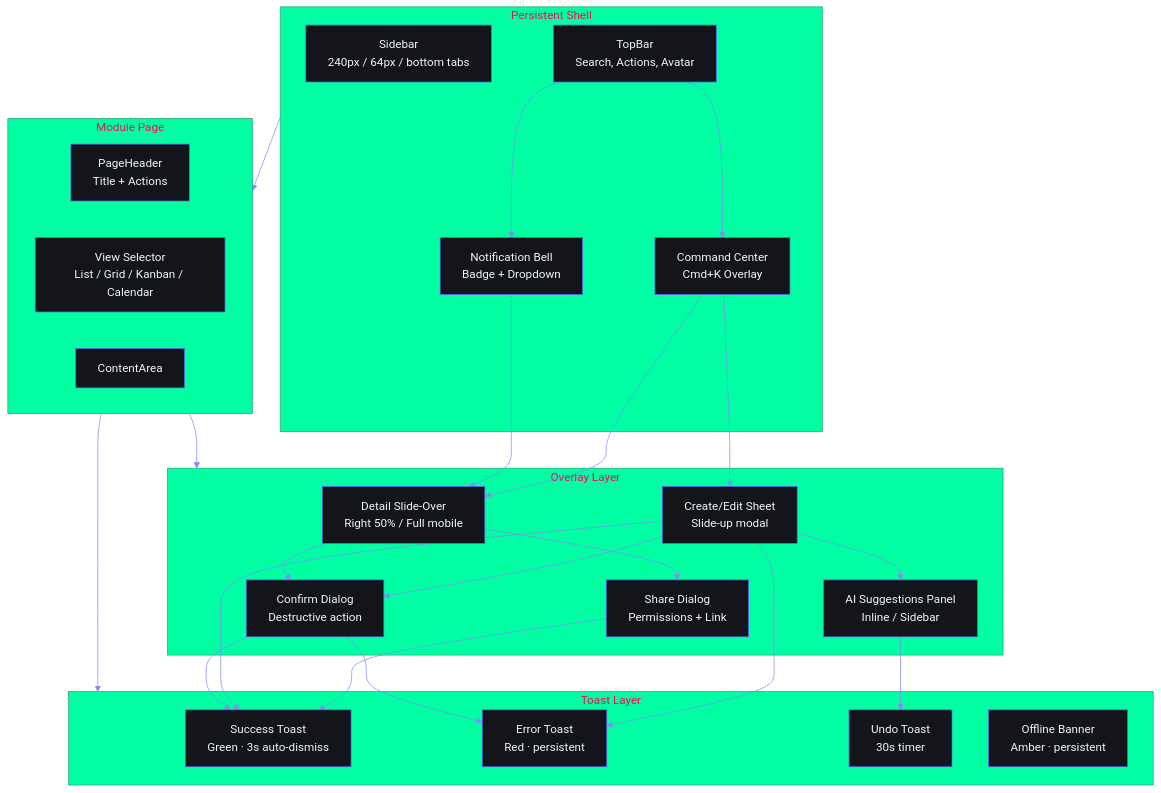
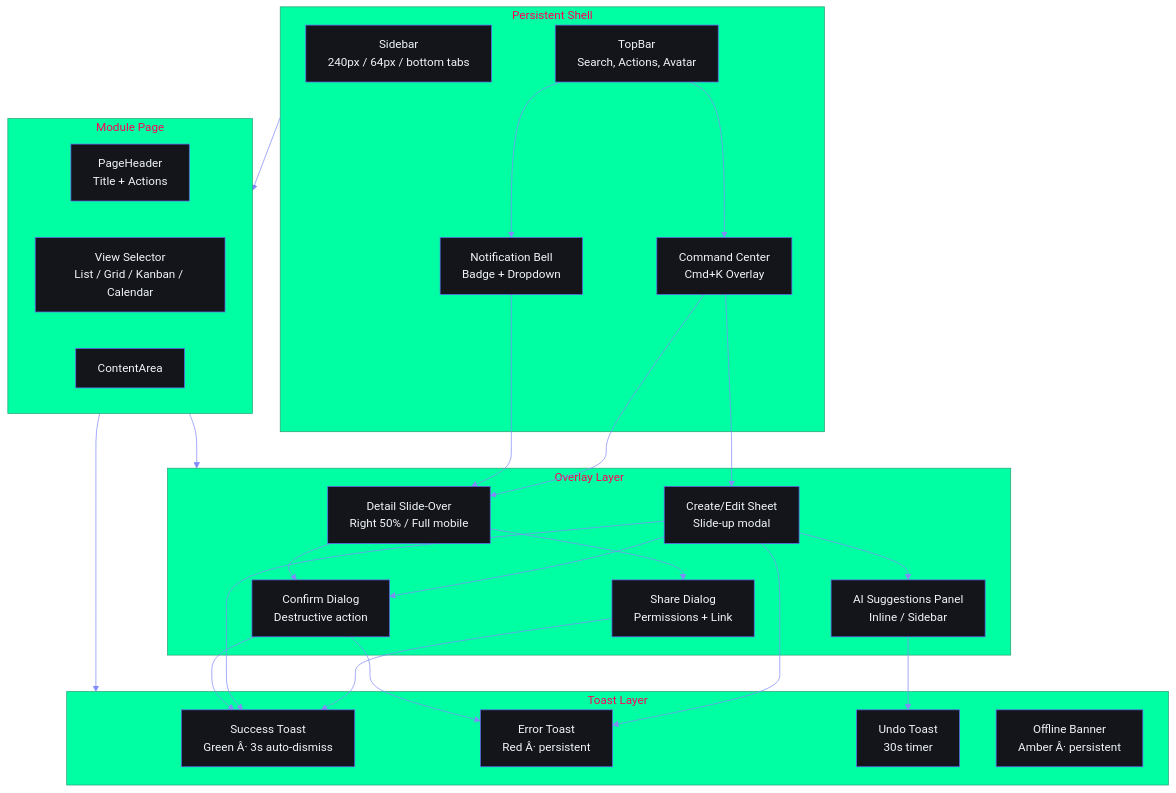
The first of 2 diagrams in docs/design/WorkflowArchitecture/03-SupportingScreens.md (rohitkumarnaidu/ARIA-OS---SecondBrain-), drawn with Mermaid before and after one commit. The commit also changed other lines of this file and 9 other files, not shown here.

````diff
--- a/docs/design/WorkflowArchitecture/03-SupportingScreens.md
+++ b/docs/design/WorkflowArchitecture/03-SupportingScreens.md
@@ -12,50 +21,50 @@
 ```mermaid
 %%{init: {'theme': 'base', 'themeVariables': {'background': '#0A0B0F', 'primaryColor': '#13151A', 'primaryBorderColor': '#6366F1', 'primaryTextColor': '#F1F5F9', 'lineColor': '#818CF8', 'secondaryColor': '#1A1D24', 'tertiaryColor': '#00FFA3', 'fontFamily': 'DM Sans'}}}%%
 flowchart TD
     subgraph Shell["Persistent Shell"]
         S[Sidebar<br/>240px / 64px / bottom tabs]
         T[TopBar<br/>Search, Actions, Avatar]
         N[Notification Bell<br/>Badge + Dropdown]
         CC[Command Center<br/>Cmd+K Overlay]
     end
 
     subgraph Page["Module Page"]
         H[PageHeader<br/>Title + Actions]
         V[View Selector<br/>List / Grid / Kanban / Calendar]
         C[ContentArea]
     end
 
     subgraph Overlays["Overlay Layer"]
         DE[Detail Slide-Over<br/>Right 50% / Full mobile]
         CR[Create/Edit Sheet<br/>Slide-up modal]
         CD[Confirm Dialog<br/>Destructive action]
         AI[AI Suggestions Panel<br/>Inline / Sidebar]
         SH[Share Dialog<br/>Permissions + Link]
     end
 
     subgraph Toast["Toast Layer"]
-        ST[Success Toast<br/>Green · 3s auto-dismiss]
-        ET[Error Toast<br/>Red · persistent]
+        ST[Success Toast<br/>Green Â· 3s auto-dismiss]
+        ET[Error Toast<br/>Red Â· persistent]
         UT[Undo Toast<br/>30s timer]
-        OB[Offline Banner<br/>Amber · persistent]
+        OB[Offline Banner<br/>Amber Â· persistent]
     end
 
     Shell --> Page
     Page --> Overlays
     Page --> Toast
     CC --> CR
     CC --> DE
     N --> DE
     T --> CC
     T --> N
     CR --> AI
     CR --> CD
     DE --> SH
     DE --> CD
     SH --> ST
     CR --> ST
     CR --> ET
     AI --> UT
     CD --> ST
     CD --> ET
 ```
````
